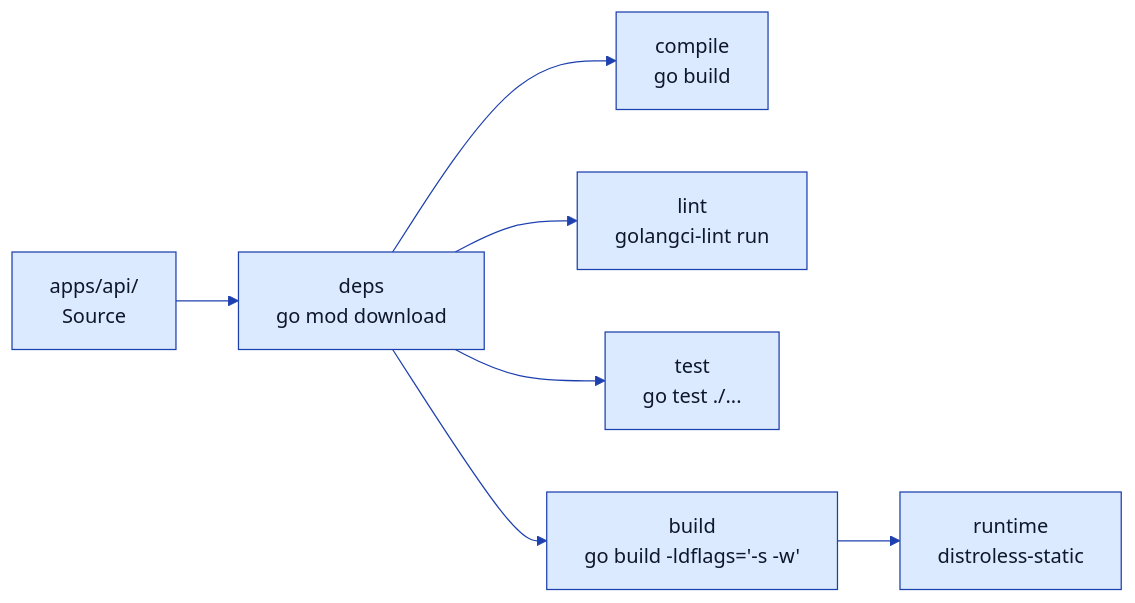
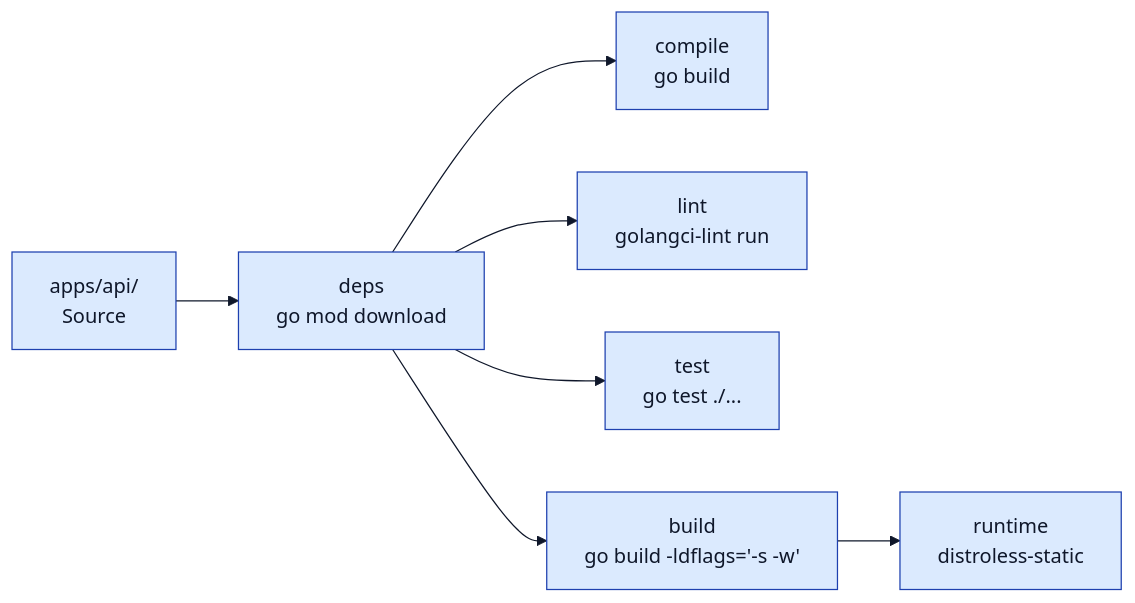
Before and after one commit to pt9912/m-trace: the fifth of 6 diagrams in docs/architecture.md, drawn with Mermaid. The commit also changed other lines of this file, not shown here.

First line of the commit message:
docs(architecture): erzwinge helle Diagramm-Canvas für Pfeil-Kontrast

````diff
--- a/docs/architecture.md
+++ b/docs/architecture.md
@@ -394,10 +394,10 @@
 ```mermaid
-%%{init: {'theme':'base','themeVariables':{'primaryColor':'#dbeafe','primaryTextColor':'#0f172a','primaryBorderColor':'#1e40af','lineColor':'#1e40af','secondaryColor':'#fef3c7','tertiaryColor':'#dcfce7','noteBkgColor':'#fef3c7','noteTextColor':'#0f172a','noteBorderColor':'#a16207','actorBkg':'#dbeafe','actorBorder':'#1e40af','actorTextColor':'#0f172a','actorLineColor':'#475569','signalColor':'#0f172a','signalTextColor':'#0f172a','sequenceNumberColor':'#ffffff','labelTextColor':'#0f172a','loopTextColor':'#0f172a'}}}%%
+%%{init: {'theme':'base','themeVariables':{'background':'#f8fafc','primaryColor':'#dbeafe','primaryTextColor':'#0f172a','primaryBorderColor':'#1e40af','lineColor':'#0f172a','secondaryColor':'#fef3c7','tertiaryColor':'#dcfce7','noteBkgColor':'#fef3c7','noteTextColor':'#0f172a','noteBorderColor':'#a16207','actorBkg':'#dbeafe','actorBorder':'#1e40af','actorTextColor':'#0f172a','actorLineColor':'#475569','signalColor':'#0f172a','signalTextColor':'#0f172a','sequenceNumberColor':'#ffffff','labelTextColor':'#0f172a','loopTextColor':'#0f172a','edgeLabelBackground':'#f8fafc'}}}%%
 flowchart LR
     Source["apps/api/<br/>Source"] --> Deps["deps<br/>go mod download"]
     Deps --> Compile["compile<br/>go build"]
     Deps --> Lint["lint<br/>golangci-lint run"]
     Deps --> Test["test<br/>go test ./..."]
     Deps --> Build["build<br/>go build -ldflags='-s -w'"]
     Build --> Runtime["runtime<br/>distroless-static"]
 ```
````
